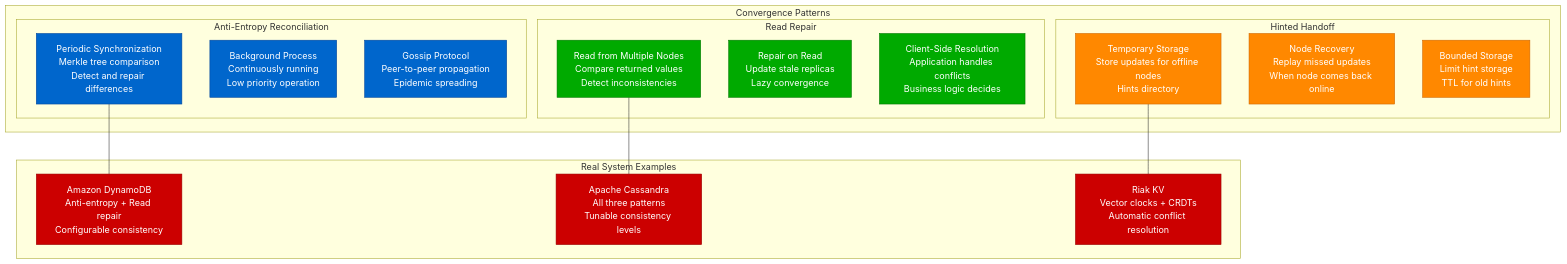
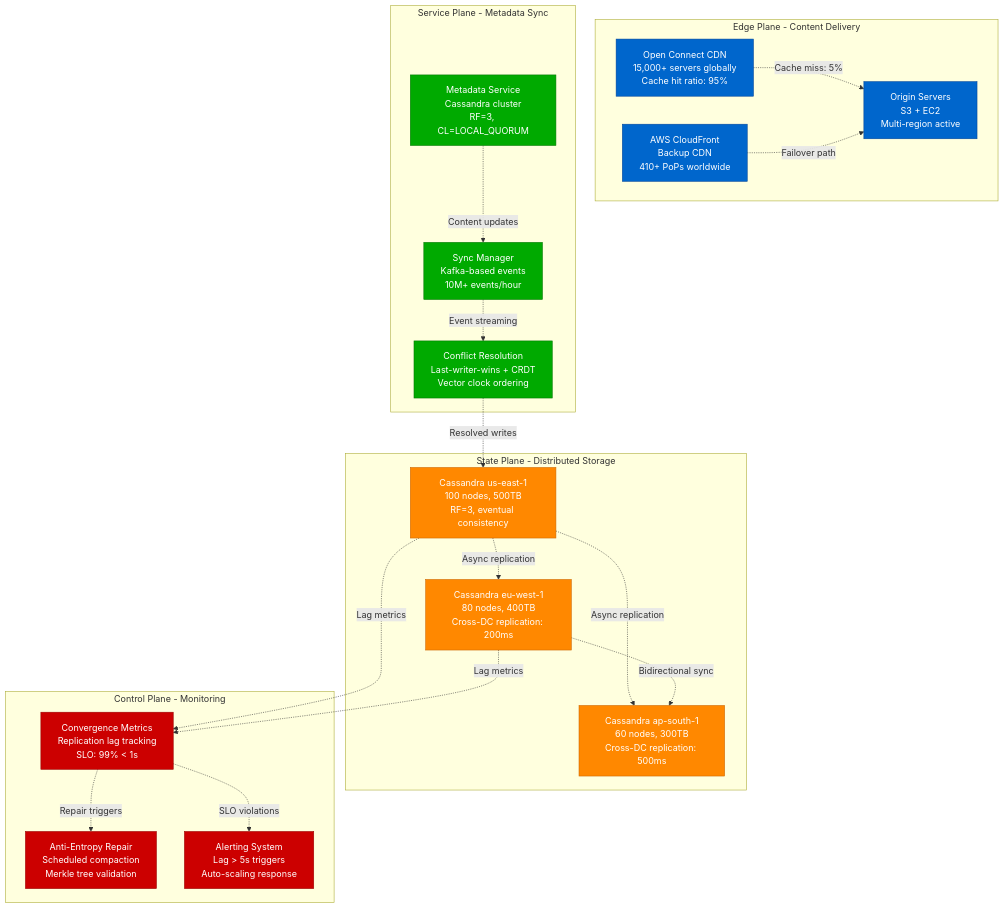
One commit to deepaucksharma/DS changed the third of 9 diagrams in site/docs/guarantees/eventual-consistency/eventual-consistency-concept.md. Above: the diagram before and after it, drawn with Mermaid. The commit also changed other lines of this file and 42 other files, not shown here.

````diff
--- a/site/docs/guarantees/eventual-consistency/eventual-consistency-concept.md
+++ b/site/docs/guarantees/eventual-consistency/eventual-consistency-concept.md
@@ -93,42 +130,52 @@
 ```mermaid
 graph TB
-    subgraph ConvergencePatterns[Convergence Patterns]
-        subgraph AntiEntropy[Anti-Entropy Reconciliation]
-            AE1[Periodic Synchronization<br/>Merkle tree comparison<br/>Detect and repair differences]
-            AE2[Background Process<br/>Continuously running<br/>Low priority operation]
-            AE3[Gossip Protocol<br/>Peer-to-peer propagation<br/>Epidemic spreading]
-        end
-
-        subgraph ReadRepair[Read Repair]
-            RR1[Read from Multiple Nodes<br/>Compare returned values<br/>Detect inconsistencies]
-            RR2[Repair on Read<br/>Update stale replicas<br/>Lazy convergence]
-            RR3[Client-Side Resolution<br/>Application handles conflicts<br/>Business logic decides]
-        end
-
-        subgraph HintedHandoff[Hinted Handoff]
-            HH1[Temporary Storage<br/>Store updates for offline nodes<br/>Hints directory]
-            HH2[Node Recovery<br/>Replay missed updates<br/>When node comes back online]
-            HH3[Bounded Storage<br/>Limit hint storage<br/>TTL for old hints]
-        end
+    subgraph EDGE["Edge Plane - Content Delivery"]
+        CDN1[Open Connect CDN<br/>15,000+ servers globally<br/>Cache hit ratio: 95%]
+        CDN2[AWS CloudFront<br/>Backup CDN<br/>410+ PoPs worldwide]
+        ORIGIN[Origin Servers<br/>S3 + EC2<br/>Multi-region active]
     end
 
-    subgraph SystemExamples[Real System Examples]
-        SE1[Amazon DynamoDB<br/>Anti-entropy + Read repair<br/>Configurable consistency]
-        SE2[Apache Cassandra<br/>All three patterns<br/>Tunable consistency levels]
-        SE3[Riak KV<br/>Vector clocks + CRDTs<br/>Automatic conflict resolution]
+    subgraph SERVICE["Service Plane - Metadata Sync"]
+        METADATA[Metadata Service<br/>Cassandra cluster<br/>RF=3, CL=LOCAL_QUORUM]
+        SYNC[Sync Manager<br/>Kafka-based events<br/>10M+ events/hour]
+        CONFLICT[Conflict Resolution<br/>Last-writer-wins + CRDT<br/>Vector clock ordering]
     end
 
-    AE1 --- SE1
-    RR1 --- SE2
-    HH1 --- SE3
+    subgraph STATE["State Plane - Distributed Storage"]
+        CASS1[Cassandra us-east-1<br/>100 nodes, 500TB<br/>RF=3, eventual consistency]
+        CASS2[Cassandra eu-west-1<br/>80 nodes, 400TB<br/>Cross-DC replication: 200ms]
+        CASS3[Cassandra ap-south-1<br/>60 nodes, 300TB<br/>Cross-DC replication: 500ms]
+    end
 
-    classDef antiEntropyStyle fill:#0066CC,stroke:#004499,color:#fff
-    classDef readRepairStyle fill:#00AA00,stroke:#007700,color:#fff
-    classDef hintedHandoffStyle fill:#FF8800,stroke:#CC6600,color:#fff
-    classDef systemStyle fill:#CC0000,stroke:#990000,color:#fff
+    subgraph CONTROL["Control Plane - Monitoring"]
+        METRICS[Convergence Metrics<br/>Replication lag tracking<br/>SLO: 99% < 1s]
+        REPAIR[Anti-Entropy Repair<br/>Scheduled compaction<br/>Merkle tree validation]
+        ALERT[Alerting System<br/>Lag > 5s triggers<br/>Auto-scaling response]
+    end
 
-    class AE1,AE2,AE3 antiEntropyStyle
-    class RR1,RR2,RR3 readRepairStyle
-    class HH1,HH2,HH3 hintedHandoffStyle
-    class SE1,SE2,SE3 systemStyle
+    CDN1 -.->|"Cache miss: 5%"| ORIGIN
+    CDN2 -.->|"Failover path"| ORIGIN
+    METADATA -.->|"Content updates"| SYNC
+    SYNC -.->|"Event streaming"| CONFLICT
+
+    CONFLICT -.->|"Resolved writes"| CASS1
+    CASS1 -.->|"Async replication"| CASS2
+    CASS1 -.->|"Async replication"| CASS3
+    CASS2 -.->|"Bidirectional sync"| CASS3
+
+    CASS1 -.->|"Lag metrics"| METRICS
+    CASS2 -.->|"Lag metrics"| METRICS
+    METRICS -.->|"Repair triggers"| REPAIR
+    METRICS -.->|"SLO violations"| ALERT
+
+    %% Production 4-plane colors
+    classDef edge fill:#0066CC,stroke:#004499,color:#fff
+    classDef service fill:#00AA00,stroke:#007700,color:#fff
+    classDef state fill:#FF8800,stroke:#CC6600,color:#fff
+    classDef control fill:#CC0000,stroke:#990000,color:#fff
+
+    class CDN1,CDN2,ORIGIN edge
+    class METADATA,SYNC,CONFLICT service
+    class CASS1,CASS2,CASS3 state
+    class METRICS,REPAIR,ALERT control
 ```
````
